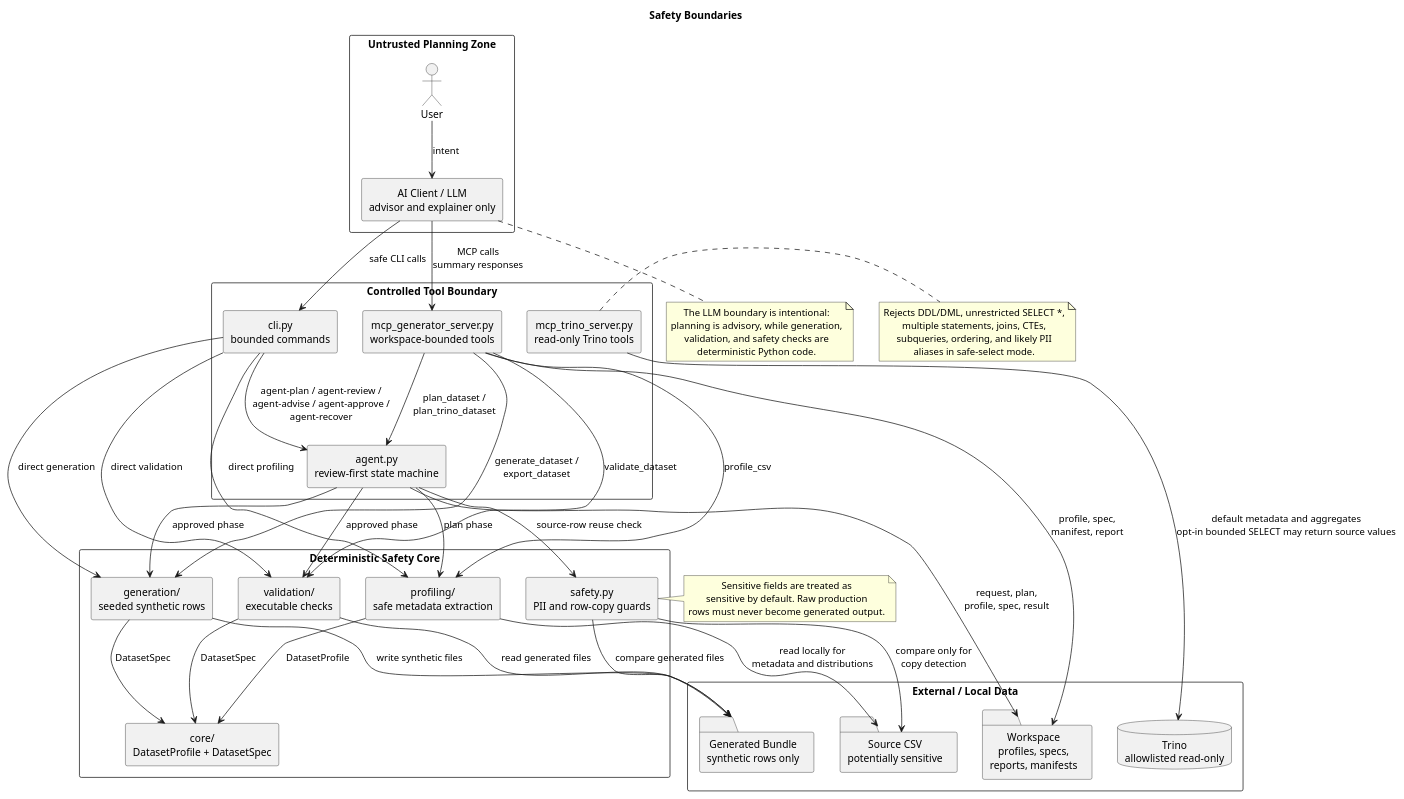
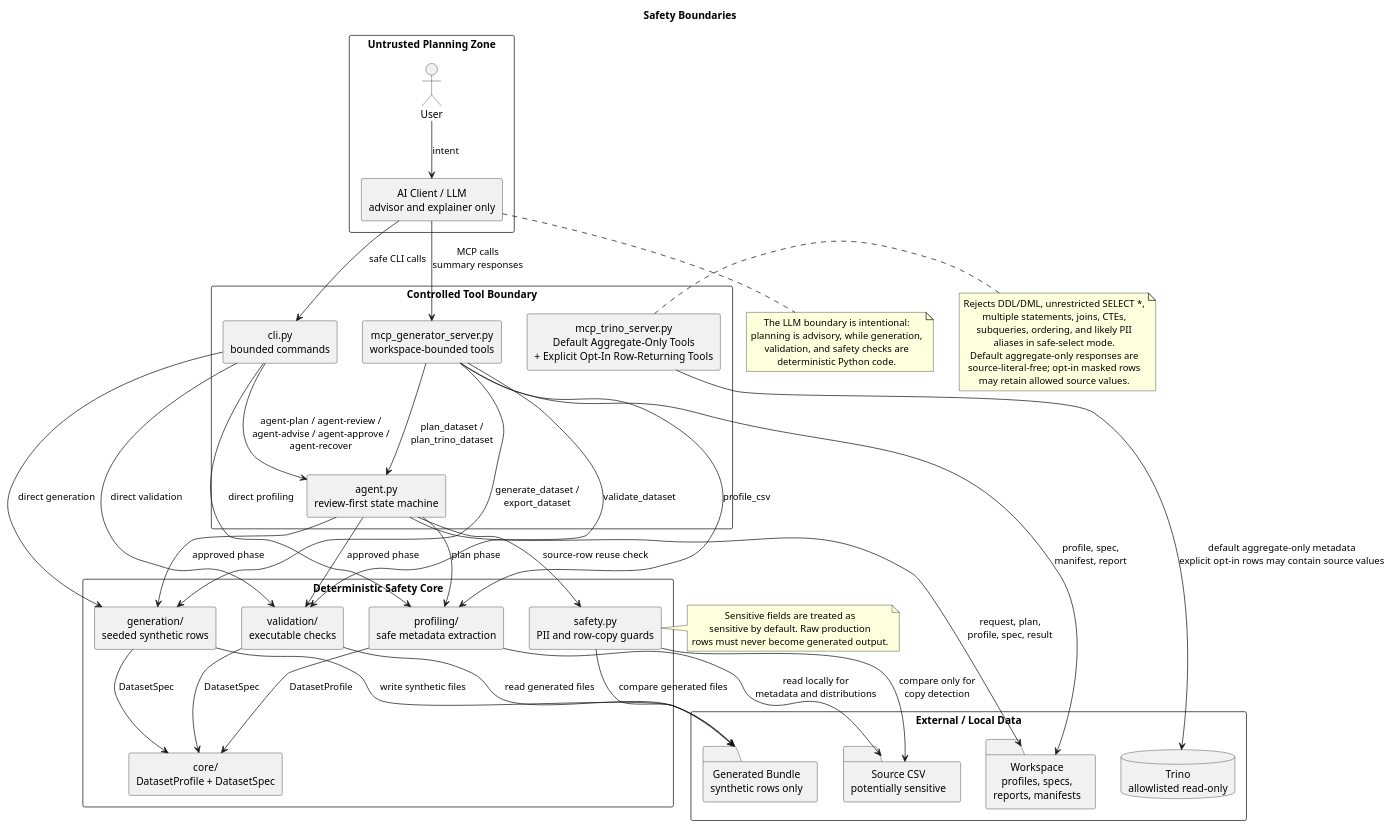
One commit to wa-pis/agent-paranoid-android changed the diagram in docs/architecture_safety_boundaries.puml. Above: the diagram before and after it, drawn with PlantUML. The commit also changed 2 other files, not shown here.

Commit message:
docs(mcp): clarify diagram boundaries (#302)

```diff
--- a/docs/architecture_safety_boundaries.puml
+++ b/docs/architecture_safety_boundaries.puml
@@ -1,83 +1,86 @@
 @startuml
 title Safety Boundaries
 
 skinparam shadowing false
 skinparam componentStyle rectangle
 skinparam packageStyle rectangle
 skinparam defaultTextAlignment center
 
 package "Untrusted Planning Zone" {
   actor "User" as User
   component "AI Client / LLM\nadvisor and explainer only" as Llm
 }
 
 package "Controlled Tool Boundary" {
   component "cli.py\nbounded commands" as Cli
   component "agent.py\nreview-first state machine" as Agent
   component "mcp_generator_server.py\nworkspace-bounded tools" as GeneratorMcp
-  component "mcp_trino_server.py\nread-only Trino tools" as TrinoMcp
+  component "mcp_trino_server.py\nDefault Aggregate-Only Tools\n+ Explicit Opt-In Row-Returning Tools" as TrinoMcp
 }
 
 package "Deterministic Safety Core" {
   component "profiling/\nsafe metadata extraction" as Profiling
   component "generation/\nseeded synthetic rows" as Generation
   component "validation/\nexecutable checks" as Validation
   component "safety.py\nPII and row-copy guards" as Safety
   component "core/\nDatasetProfile + DatasetSpec" as CoreModels
 }
 
 package "External / Local Data" {
   database "Trino\nallowlisted read-only" as Trino
   folder "Source CSV\npotentially sensitive" as SourceCsv
   folder "Workspace\nprofiles, specs,\nreports, manifests" as Workspace
   folder "Generated Bundle\nsynthetic rows only" as Output
 }
 
 User --> Llm : intent
 Llm --> Cli : safe CLI calls
 Llm --> GeneratorMcp : MCP calls\nsummary responses
 Cli --> Agent : agent-plan / agent-review /\nagent-advise / agent-approve /\nagent-recover
 Cli --> Profiling : direct profiling
 Cli --> Generation : direct generation
 Cli --> Validation : direct validation
 Agent --> Profiling : plan phase
 Agent --> Generation : approved phase
 Agent --> Validation : approved phase
 Agent --> Safety : source-row reuse check
 GeneratorMcp --> Profiling : profile_csv
 GeneratorMcp --> Agent : plan_dataset /\nplan_trino_dataset
 GeneratorMcp --> Generation : generate_dataset /\nexport_dataset
 GeneratorMcp --> Validation : validate_dataset
-TrinoMcp --> Trino : default metadata and aggregates\nopt-in bounded SELECT may return source values
+TrinoMcp --> Trino : default aggregate-only metadata\nexplicit opt-in rows may contain source values
 Profiling --> SourceCsv : read locally for\nmetadata and distributions
 Profiling --> CoreModels : DatasetProfile
 Generation --> CoreModels : DatasetSpec
 Validation --> CoreModels : DatasetSpec
 Safety --> SourceCsv : compare only for\ncopy detection
 Agent --> Workspace : request, plan,\nprofile, spec, result
 GeneratorMcp --> Workspace : profile, spec,\nmanifest, report
 Generation --> Output : write synthetic files
 Validation --> Output : read generated files
 Safety --> Output : compare generated files
 
 note right of TrinoMcp
 Rejects DDL/DML, unrestricted SELECT *,
 multiple statements, joins, CTEs,
 subqueries, ordering, and likely PII
 aliases in safe-select mode.
+Default aggregate-only responses are
+source-literal-free; opt-in masked rows
+may retain allowed source values.
 end note
 
 note right of Safety
 Sensitive fields are treated as
 sensitive by default. Raw production
 rows must never become generated output.
 end note
 
 note bottom of Llm
 The LLM boundary is intentional:
 planning is advisory, while generation,
 validation, and safety checks are
 deterministic Python code.
 end note
 
 @enduml
```
